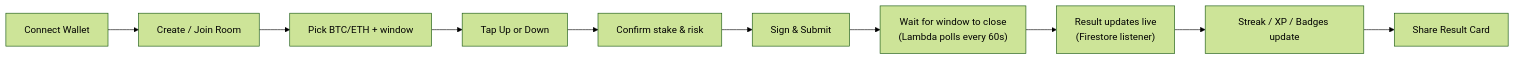
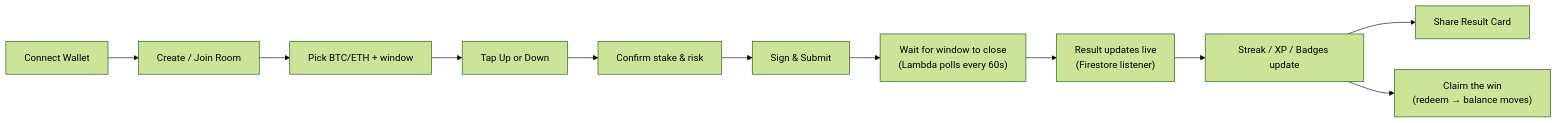
The fourth of 4 diagrams in README.md (Spydiecy/Streakr), drawn with Mermaid (forest theme) before and after one commit. The commit also changed other lines of this file and 2 other files, not shown here.

First line of the commit message:
docs: bring the README up to the current architecture, and stop the e2e suite failing at random

````diff
--- a/README.md
+++ b/README.md
@@ -761,12 +895,13 @@
 ```mermaid
 flowchart LR
     A[Connect Wallet] --> B[Create / Join Room]
     B --> C[Pick BTC/ETH + window]
     C --> D[Tap Up or Down]
     D --> E[Confirm stake & risk]
     E --> F[Sign & Submit]
     F --> G["Wait for window to close<br/>(Lambda polls every 60s)"]
     G --> H["Result updates live<br/>(Firestore listener)"]
     H --> I[Streak / XP / Badges update]
     I --> J[Share Result Card]
+    I --> K["Claim the win<br/>(redeem → balance moves)"]
 ```
````
